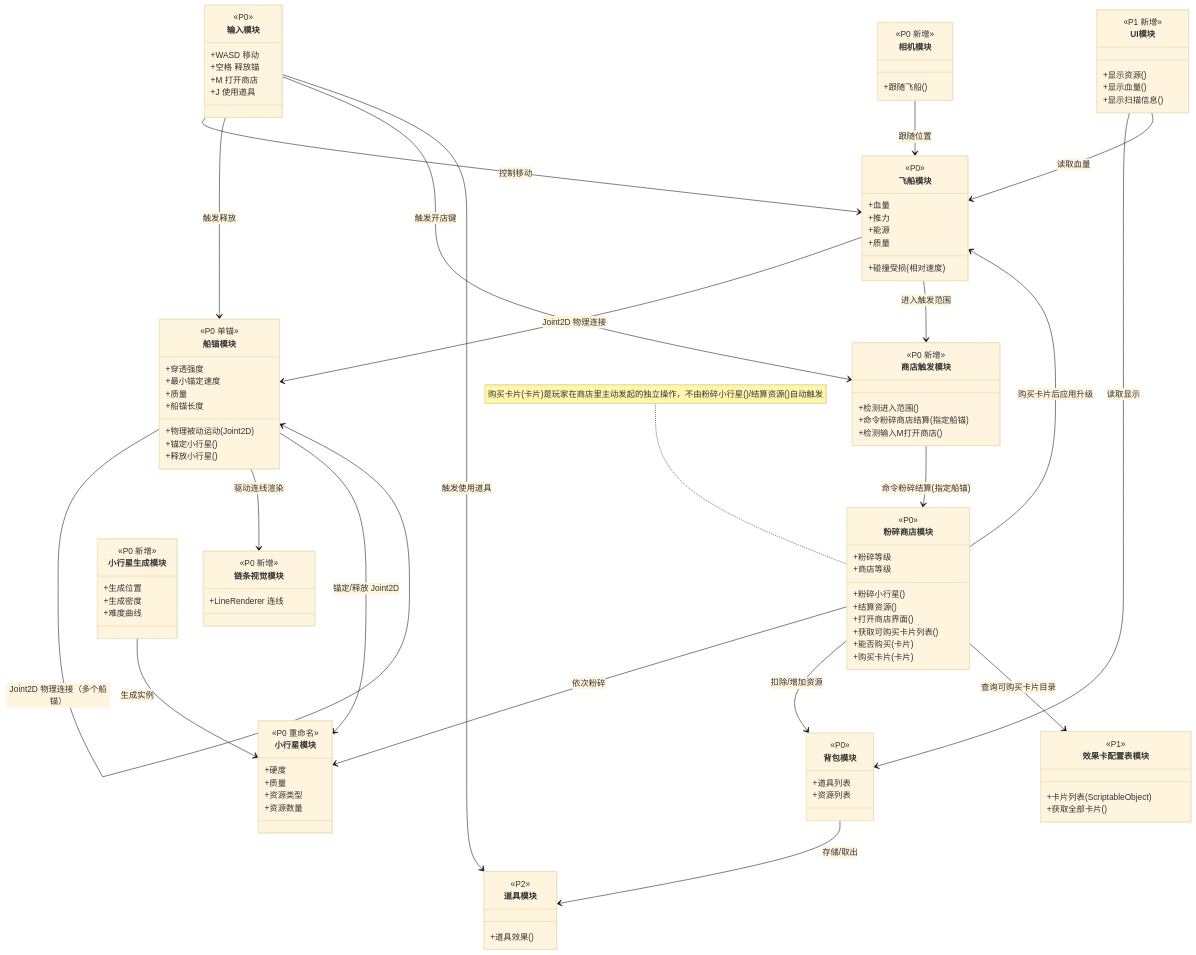
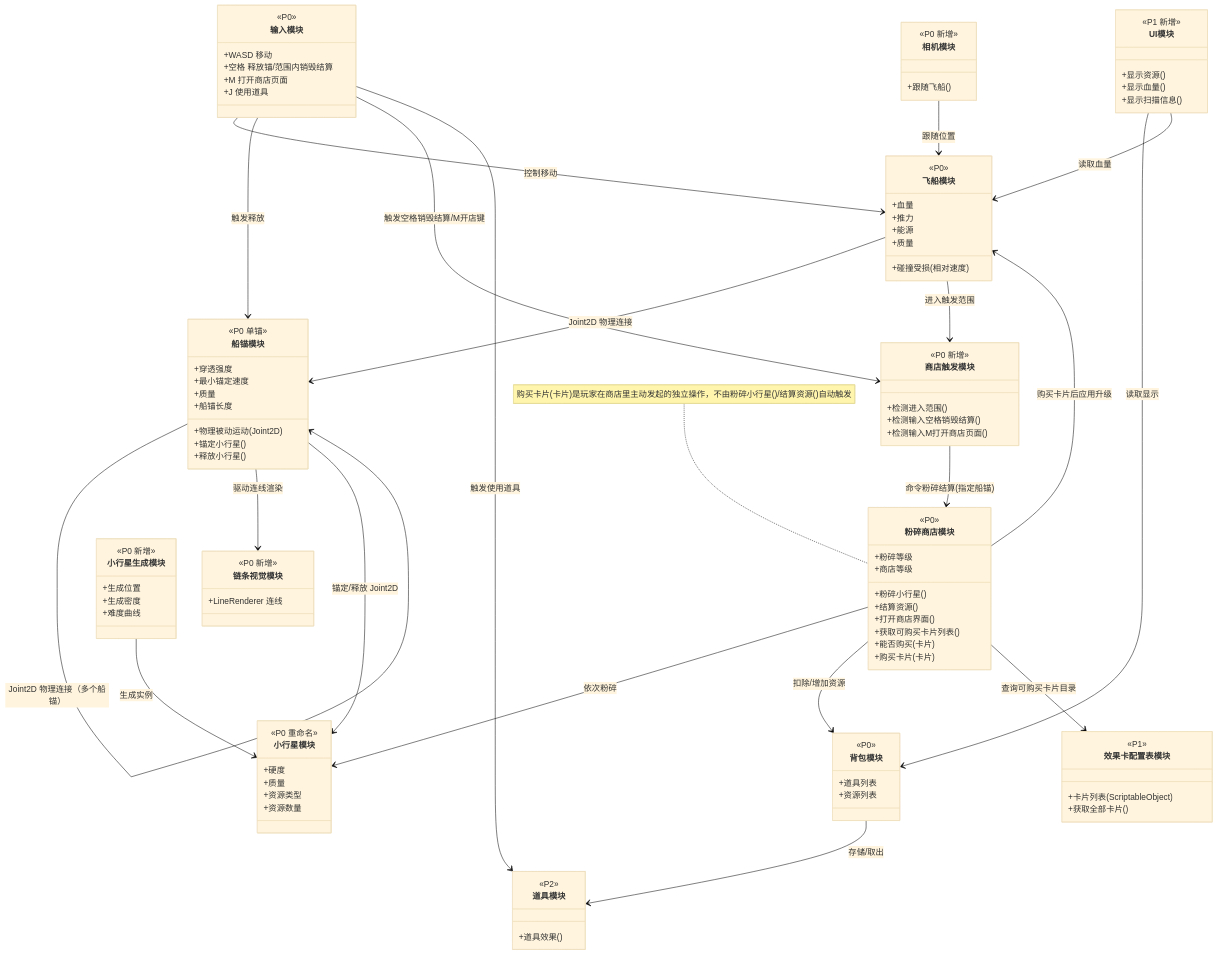
Before and after one commit to WWWSSSAAADDD/CiGA-Game-Jam-2026: the first of 7 diagrams in 模块架构交接文档.md, drawn with Mermaid (base theme). The commit also changed other lines of this file and 14 other files, not shown here.

```diff
--- a/模块架构交接文档.md
+++ b/模块架构交接文档.md
@@ -70,8 +70,8 @@
     class 输入模块 {
         <<P0>>
         +WASD 移动
-        +空格 释放锚
-        +M 打开商店
+        +空格 释放锚/范围内销毁结算
+        +M 打开商店页面
         +J 使用道具
     }
 
@@ -123,8 +123,8 @@
     class 商店触发模块 {
         <<P0 新增>>
         +检测进入范围()
-        +命令粉碎商店结算(指定船锚)
-        +检测输入M打开商店()
+        +检测输入空格销毁结算()
+        +检测输入M打开商店页面()
     }
 
     class 粉碎商店模块 {
@@ -166,7 +166,7 @@
 
     输入模块 --> 飞船模块 : 控制移动
     输入模块 --> 船锚模块 : 触发释放
-    输入模块 --> 商店触发模块 : 触发开店键
+    输入模块 --> 商店触发模块 : 触发空格销毁结算/M开店键
     输入模块 --> 道具模块 : 触发使用道具
     相机模块 --> 飞船模块 : 跟随位置
     飞船模块 --> 船锚模块 : Joint2D 物理连接
```
